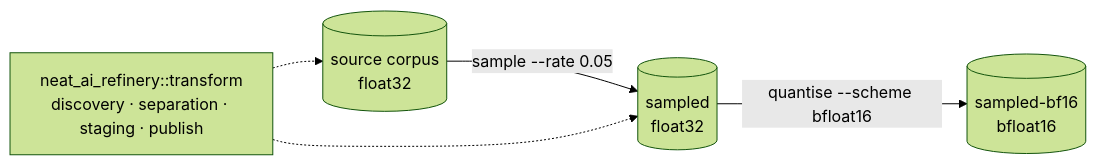
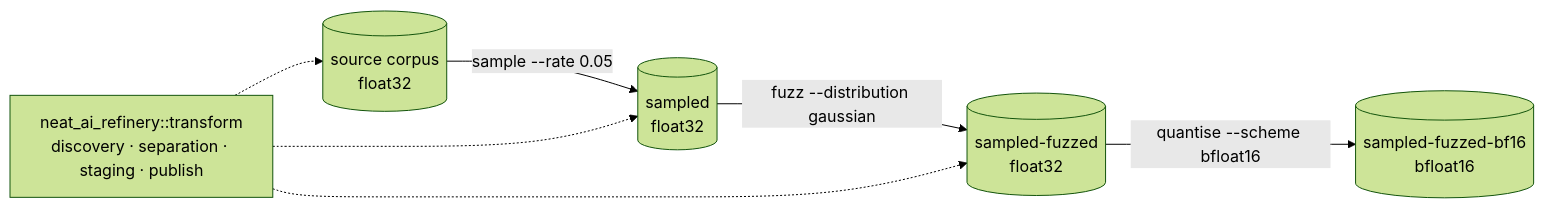
Before and after one commit to stSoftwareAU/NEAT-AI-Refinery: the fifth of 7 diagrams in README.md, drawn with Mermaid (forest theme). The commit also changed other lines of this file and 16 other files, not shown here.

````diff
--- a/README.md
+++ b/README.md
@@ -396,7 +446,9 @@
 ```mermaid
 flowchart LR
     S[(source corpus<br/>float32)] -->|sample --rate 0.05| A[(sampled<br/>float32)]
-    A -->|quantise --scheme bfloat16| B[(sampled-bf16<br/>bfloat16)]
+    A -->|fuzz --distribution gaussian| F[(sampled-fuzzed<br/>float32)]
+    F -->|quantise --scheme bfloat16| B[(sampled-fuzzed-bf16<br/>bfloat16)]
     T[neat_ai_refinery::transform<br/>discovery · separation · staging · publish] -.-> S
     T -.-> A
+    T -.-> F
 ```
````
